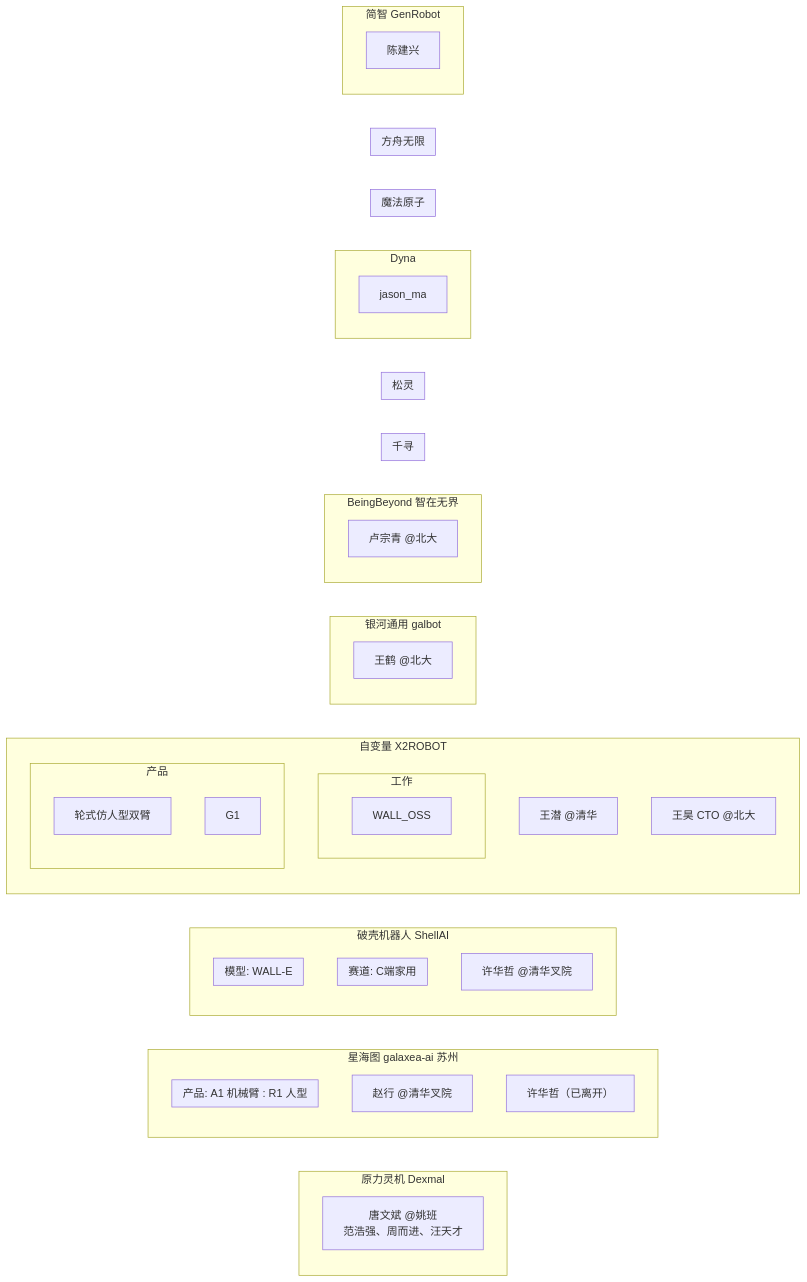
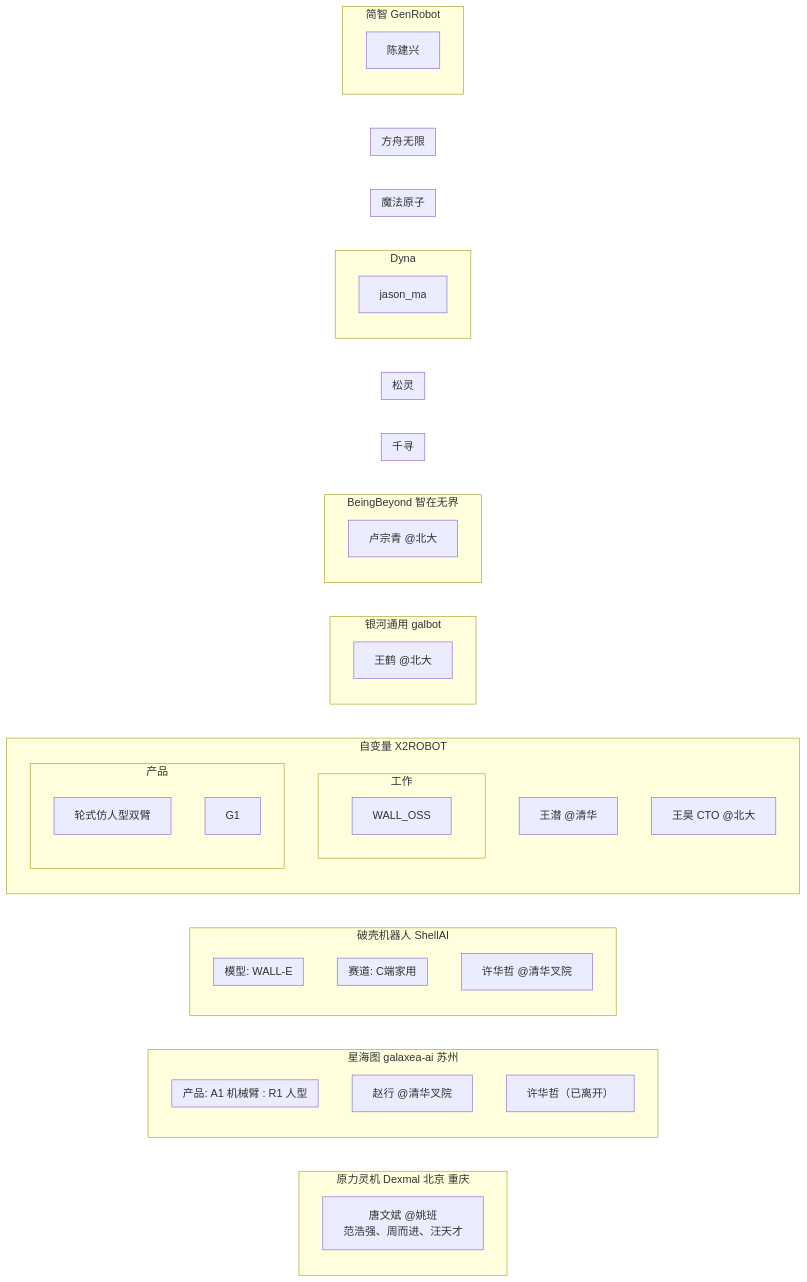
Before and after one commit to julyfun/how-to: the second of 2 diagrams in peoples.md, drawn with Mermaid.

Commit message:
M peoples.md

````diff
--- a/peoples.md
+++ b/peoples.md
@@ -66,56 +66,56 @@
 ```mermaid
 flowchart LR
     subgraph 自变量 X2ROBOT
         qian_wang[王潜 @清华]
         hao_wang[王昊 CTO @北大]
         subgraph 工作
             WALL_OSS
         end
         subgraph 产品
             x2_a[轮式仿人型双臂]
         end
     end
-    subgraph 原力灵机 Dexmal
+    subgraph 原力灵机 Dexmal 北京 重庆
         wenbin_tang[唐文斌 @姚班<br>范浩强、周而进、汪天才]
     end
     subgraph 星海图 galaxea-ai 苏州
         subgraph 产品: A1 机械臂 : R1 人型
         end
         hang_zhao[赵行 @清华叉院]
         huazhe_xu.1[许华哲（已离开）]
     end
     subgraph 破壳机器人 ShellAI
         subgraph 赛道: C端家用
         end
         subgraph 模型: WALL-E
         end
         huazhe_xu[许华哲 @清华叉院]
     end
 
     subgraph 银河通用 galbot
         he_wang[王鹤 @北大]
         subgraph 产品
             galbot_G1[G1]
         end
     end
 
     subgraph BeingBeyond 智在无界
         zongqing_lu[卢宗青 @北大]
     end
 
     subgraph 千寻
     end
 
     subgraph 松灵
     end
     subgraph Dyna
         jason_ma
     end
     subgraph 魔法原子
     end
     subgraph 方舟无限
     end
     subgraph 简智 GenRobot
         jianxing_chen[陈建兴]
     end
 ```
````
